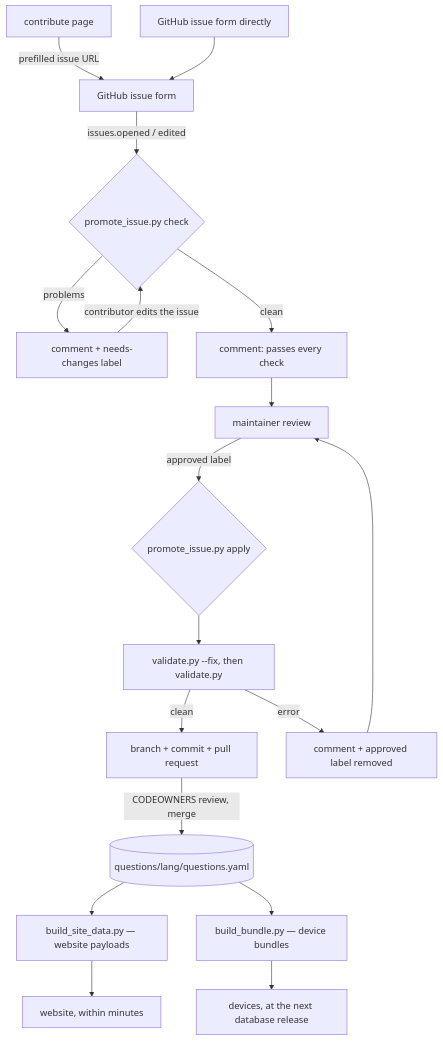
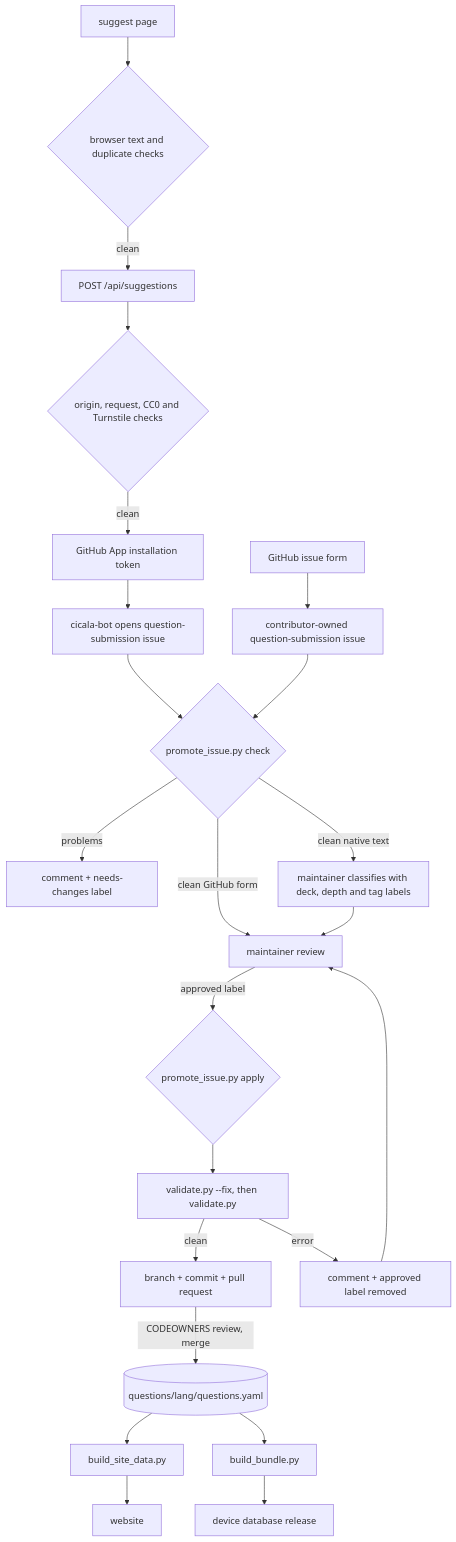
One commit to giacomomellone/cicala changed the diagram in docs/contribution_pipeline.md. Above: the diagram before and after it, drawn with Mermaid. The commit also changed other lines of this file and 39 other files, not shown here.

Commit message:
feat(site): add native question submissions

````diff
--- a/docs/contribution_pipeline.md
+++ b/docs/contribution_pipeline.md
@@ -15,20 +34,25 @@
 ```mermaid
 flowchart TD
-    A[contribute page] -->|prefilled issue URL| B[GitHub issue form]
-    A2[GitHub issue form directly] --> B
-    B -->|issues.opened / edited| C{promote_issue.py check}
-    C -->|problems| D[comment + needs-changes label]
-    D -->|contributor edits the issue| C
-    C -->|clean| E[comment: passes every check]
-    E --> F[maintainer review]
-    F -->|approved label| G{promote_issue.py apply}
-    G --> H[validate.py --fix, then validate.py]
-    H -->|clean| I[branch + commit + pull request]
-    H -->|error| J[comment + approved label removed]
-    J --> F
-    I -->|CODEOWNERS review, merge| K[(questions/lang/questions.yaml)]
-    K --> L[build_site_data.py — website payloads]
-    K --> M[build_bundle.py — device bundles]
-    L --> N[website, within minutes]
-    M --> O[devices, at the next database release]
+    A[suggest page] --> B{browser text and duplicate checks}
+    B -->|clean| C[POST /api/suggestions]
+    C --> D{origin, request, CC0 and Turnstile checks}
+    D -->|clean| E[GitHub App installation token]
+    E --> F[cicala-bot opens question-submission issue]
+    A2[GitHub issue form] --> F2[contributor-owned question-submission issue]
+    F --> G{promote_issue.py check}
+    F2 --> G
+    G -->|problems| H[comment + needs-changes label]
+    G -->|clean native text| I[maintainer classifies with deck, depth and tag labels]
+    G -->|clean GitHub form| J[maintainer review]
+    I --> J
+    J -->|approved label| K{promote_issue.py apply}
+    K --> L[validate.py --fix, then validate.py]
+    L -->|clean| M[branch + commit + pull request]
+    L -->|error| N[comment + approved label removed]
+    N --> J
+    M -->|CODEOWNERS review, merge| O[(questions/lang/questions.yaml)]
+    O --> P[build_site_data.py]
+    O --> Q[build_bundle.py]
+    P --> R[website]
+    Q --> S[device database release]
 ```
````
